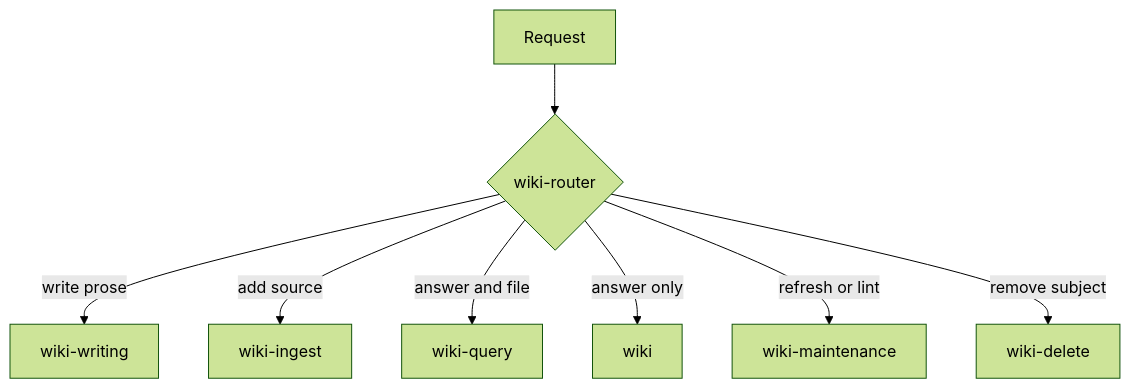
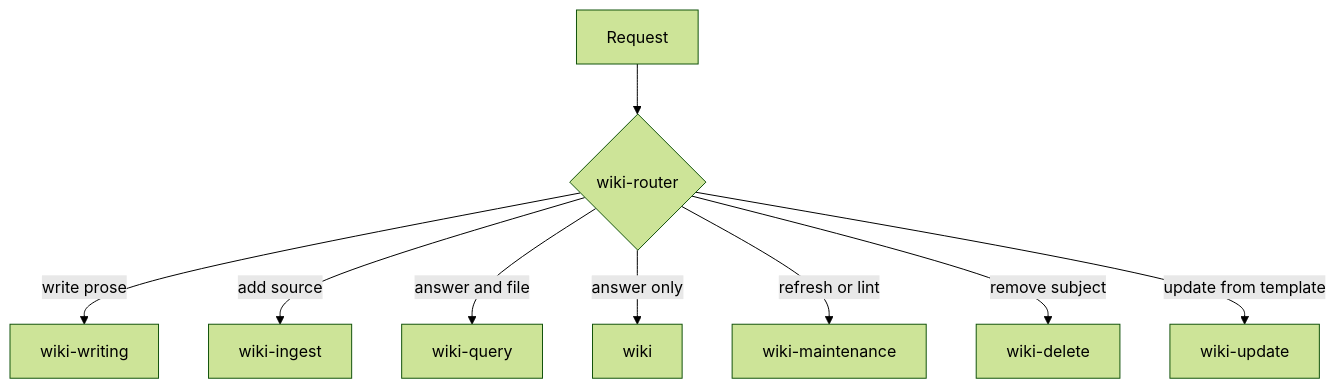
One commit to jonyfs/llm-wiki-template changed the diagram in README.md. Above: the diagram before and after it, drawn with Mermaid (forest theme). The commit also changed other lines of this file and 12 other files, not shown here.

First line of the commit message:
feat(update): add update-llm-wiki.sh, the template manifest and the wiki-update skill

````diff
--- a/README.md
+++ b/README.md
@@ -176,10 +177,11 @@
 ```mermaid
 flowchart TD
     R[Request] --> ROUTER{wiki-router}
     ROUTER -->|write prose| WW[wiki-writing]
     ROUTER -->|add source| WI[wiki-ingest]
     ROUTER -->|answer and file| WQ[wiki-query]
     ROUTER -->|answer only| W[wiki]
     ROUTER -->|refresh or lint| WM[wiki-maintenance]
     ROUTER -->|remove subject| WD[wiki-delete]
+    ROUTER -->|update from template| WU[wiki-update]
 ```
````
